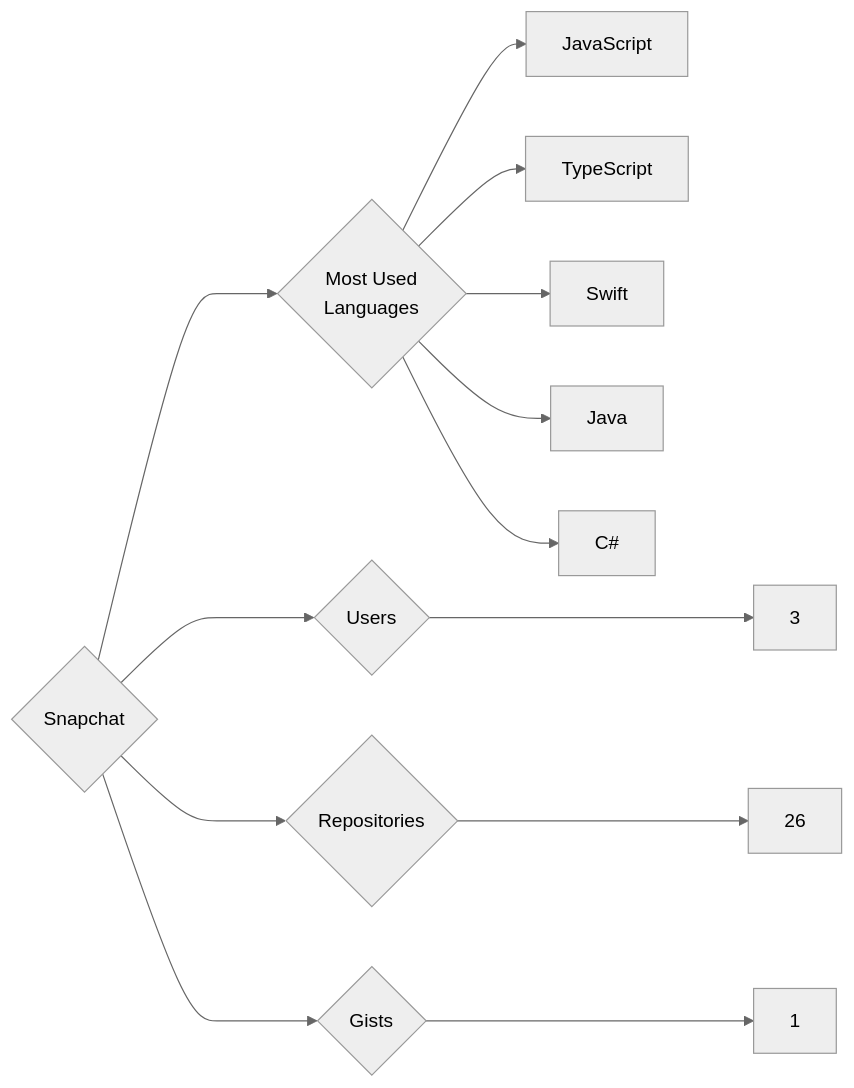
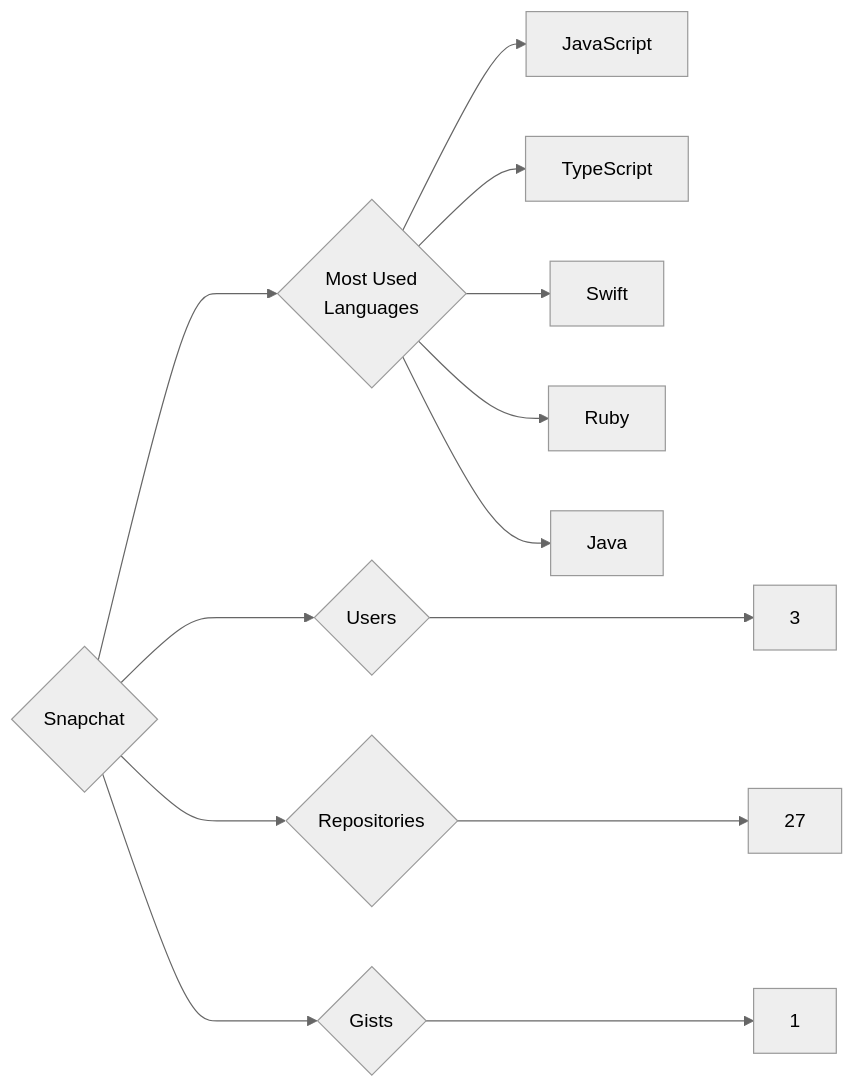
One commit to trickest/insiders changed the diagram in targets/Snapchat/README.md. Above: the diagram before and after it, drawn with Mermaid (neutral theme). The commit also changed 725 other files, not shown here.

````diff
--- a/targets/Snapchat/README.md
+++ b/targets/Snapchat/README.md
@@ -3,13 +3,13 @@
 ```mermaid
 graph LR
 COMPANY_NAME{Snapchat}
 COMPANY_NAME ---> U{Users} ---> UN[3]
-COMPANY_NAME ---> R{Repositories} ---> RN[26]
+COMPANY_NAME ---> R{Repositories} ---> RN[27]
 COMPANY_NAME ---> G{Gists} ---> GN[1]
 COMPANY_NAME ---> ML{Most Used<br>Languages}
 ML --> JavaScript[JavaScript]
 ML --> TypeScript[TypeScript]
 ML --> Swift[Swift]
+ML --> Ruby[Ruby]
 ML --> Java[Java]
-ML --> C#[C#]
 ```
````
